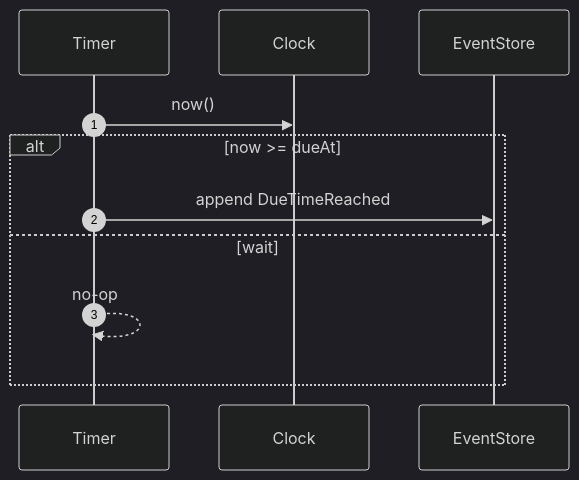
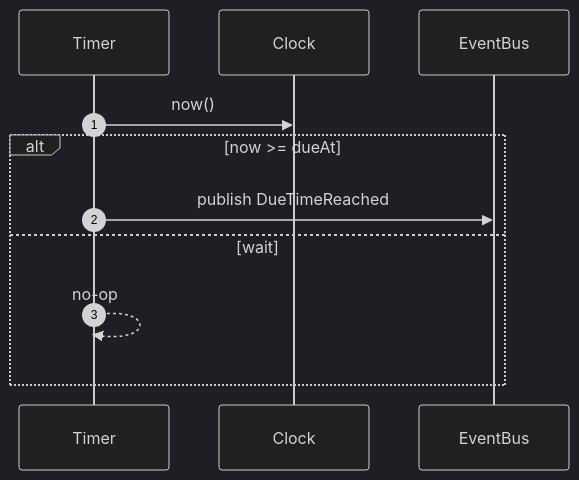
Before and after one commit to suddenlyGiovanni/event-service-agent-kata: the diagram in docs/design/contexts/timer.md, drawn with Mermaid (dark theme). The commit also changed other lines of this file, not shown here.

First line of the commit message:
docs(timer): update timer scheduling terminology and event handling

````diff
--- a/docs/design/contexts/timer.md
+++ b/docs/design/contexts/timer.md
@@ -24,16 +23,16 @@
 ```mermaid
 sequenceDiagram
   autonumber
   participant TIMER as Timer
   participant CLOCK as Clock
-  participant STORE as EventStore
+  participant BUS as EventBus
   link TIMER: Doc @ ./timer.md
-  link STORE: Port @ ../ports.md#eventstoreport
+  link BUS: Port @ ../ports.md#eventbusport
 
   TIMER->>CLOCK: now()
   alt now >= dueAt
-    TIMER->>STORE: append DueTimeReached
+  TIMER->>BUS: publish DueTimeReached
   else wait
     TIMER-->>TIMER: no-op
   end
 ```
````
